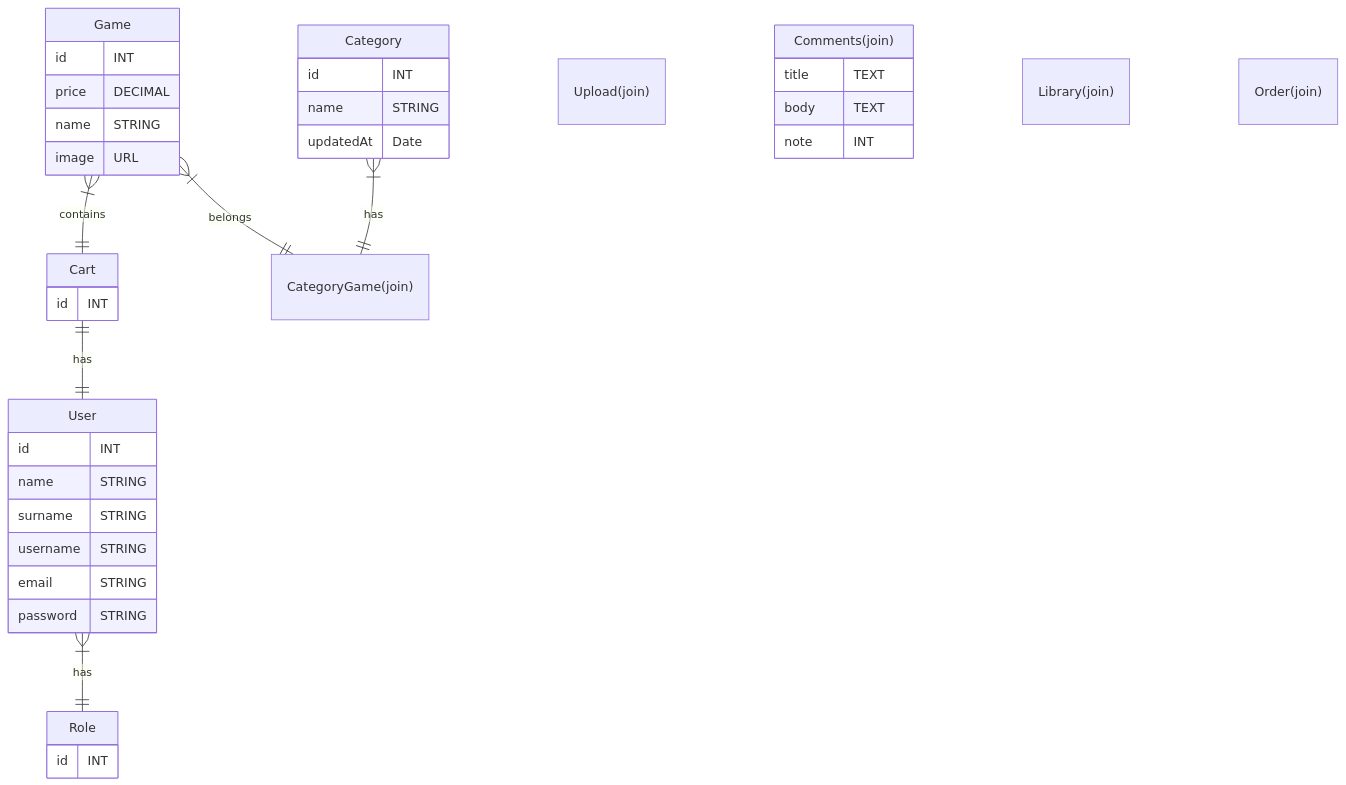
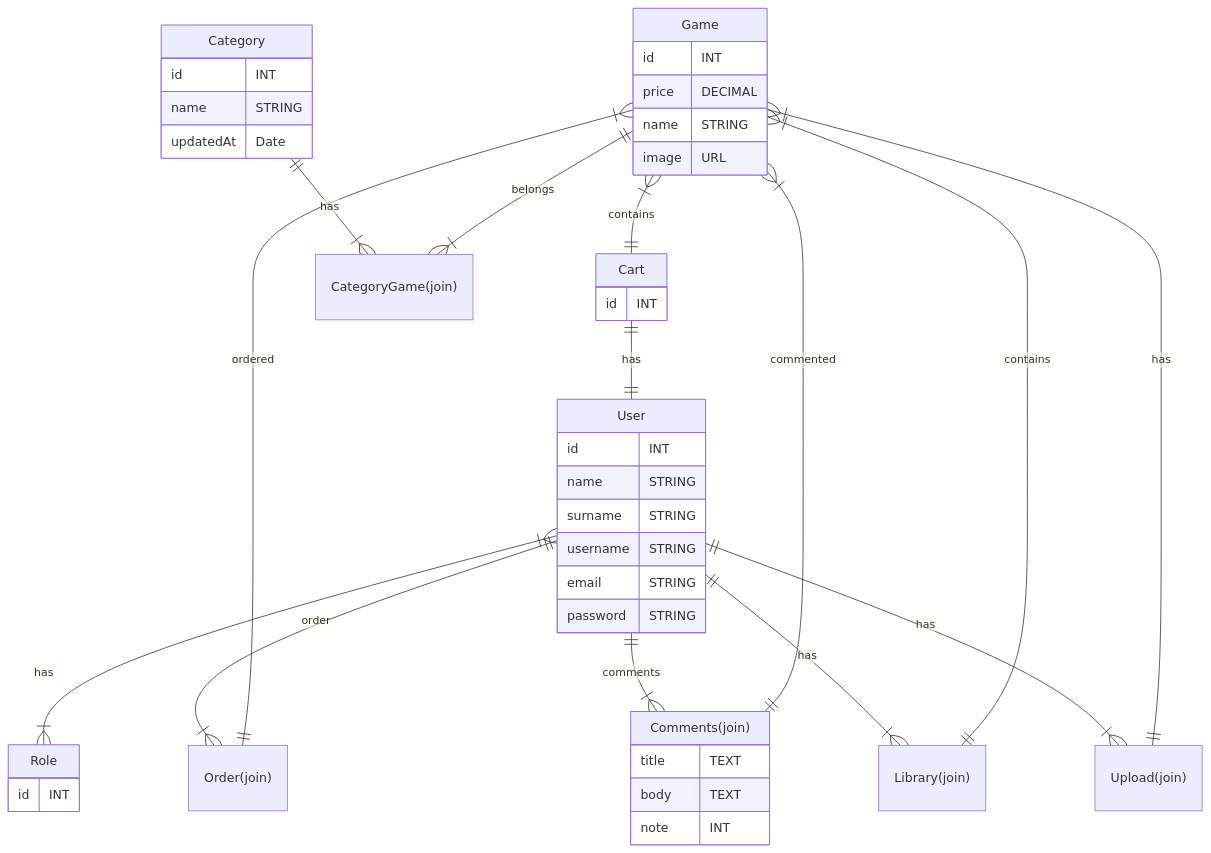
One commit to JameS-Gmz/api-Rest changed the diagram in README.md. Above: the diagram before and after it, drawn with Mermaid.

`````diff
--- a/README.md
+++ b/README.md
@@ -40,68 +40,79 @@
 ````mermaid
  erDiagram
  
 Game
 Category
 Cart
 User
 Role
 
 Game{
 id INT
 price DECIMAL
 name STRING
 image URL
 }
 
 Category{
 id INT
 name STRING
 updatedAt Date
 }
 
 Cart{
 id INT
 }
 
 User{
 id INT
 name STRING
 surname STRING
 username STRING
 email STRING
 password STRING
 }
 
 Role{
 id INT 
 }
 
 CategoryGame["CategoryGame(join)"]{
     }
 
 Upload["Upload(join)"]{
     }
 
 Comments["Comments(join)"]{
 title TEXT
 body TEXT
 note INT
     }
 
 Library["Library(join)"]{
     }
 
 Order["Order(join)"]{
     }
 
-Category }|--|| CategoryGame : has
-Game }|--|| CategoryGame : belongs
+Category ||--|{ CategoryGame : has
+Game ||--|{ CategoryGame : belongs
 
 Game }|--|| Cart : contains
 Cart ||--|| User : has
 
-User }|--|| Role : has
+User }|--|{ Role : has
 
+User ||--|{ Order : order
+Order ||--|{ Game : ordered
+
+User ||--|{ Comments : comments
+Comments ||--|{ Game : commented
+
+User ||--|{ Library : has
+Library ||--|{ Game : contains
+
+User ||--|{ Upload : has
+Upload ||--|{ Game : has
 
 
 ````
`````
